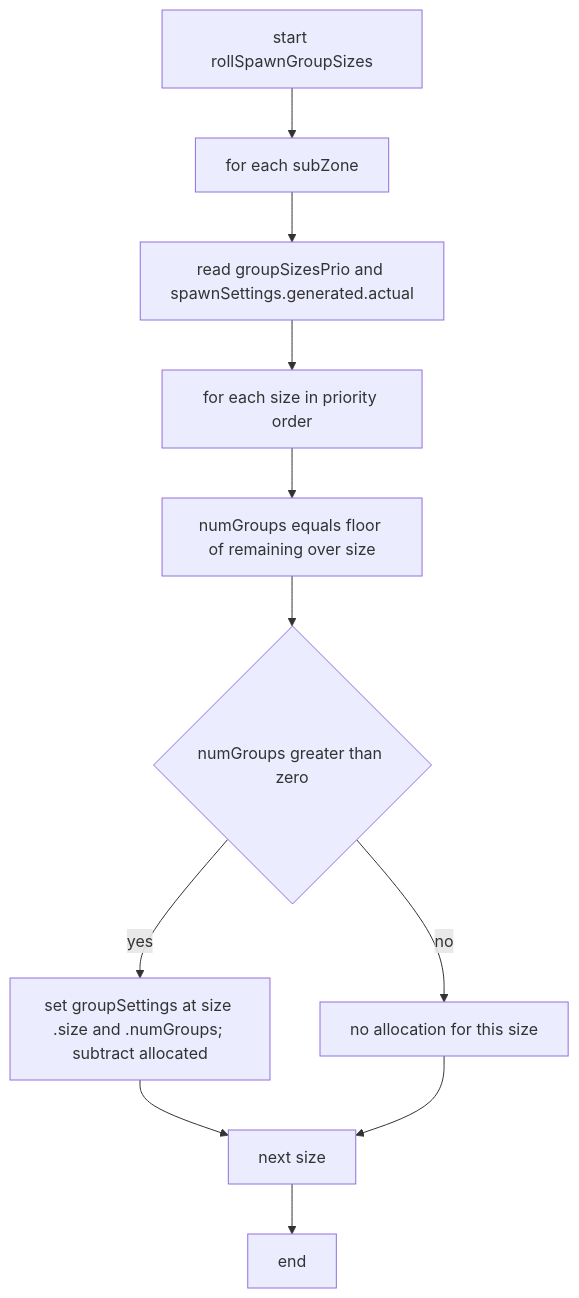
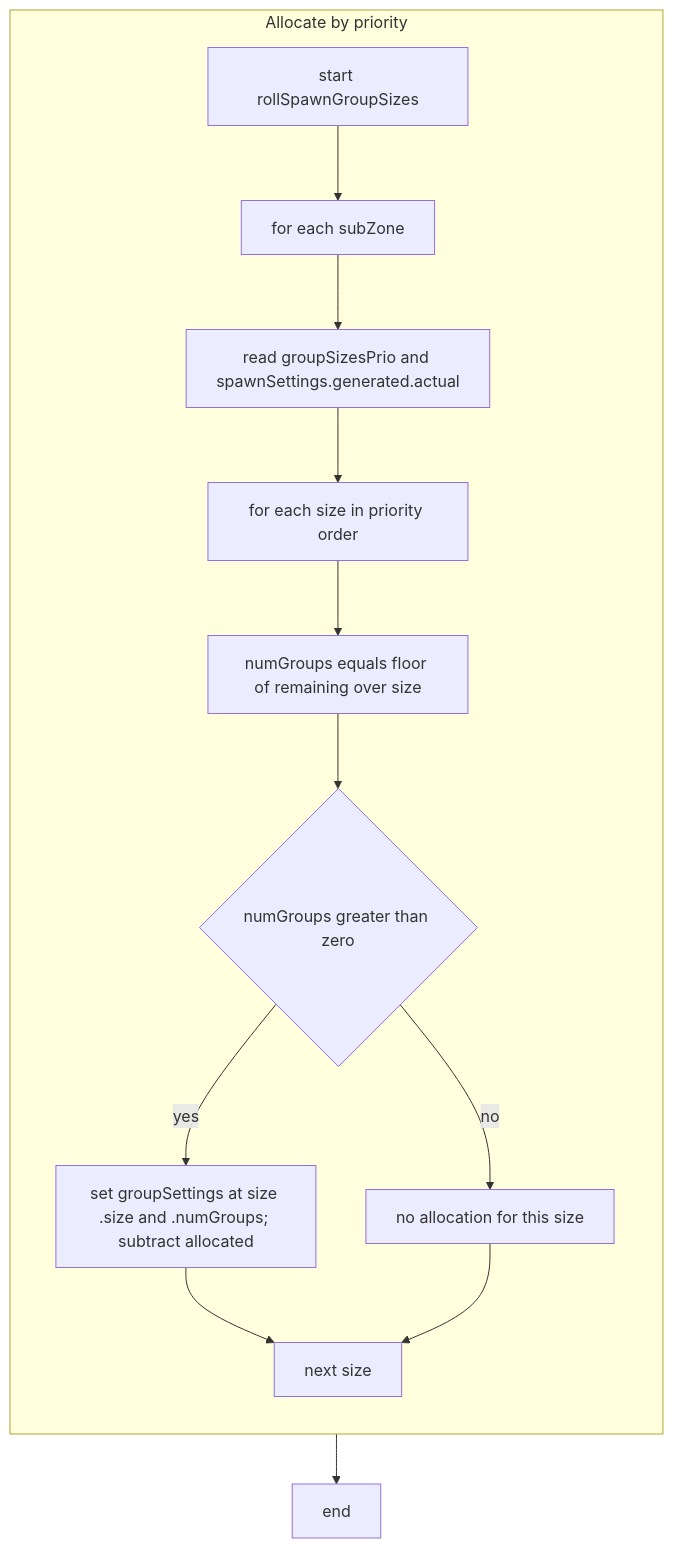
One commit to Gh0st352/AETHR changed the seventh of 7 diagrams in docs/spawner/types_and_counts.md. Above: the diagram before and after it, drawn with Mermaid. The commit also changed other lines of this file and 9 other files, not shown here.

First line of the commit message:
docs(spawner, mermaid): restructure diagrams and clarify headings

````diff
--- a/docs/spawner/types_and_counts.md
+++ b/docs/spawner/types_and_counts.md
@@ -165,13 +225,23 @@
 ```mermaid
+%% shared theme: docs/_mermaid/theme.json %%
 flowchart TB
-  GS0[start rollSpawnGroupSizes] --> Z0[for each subZone]
-  Z0 --> O0[read groupSizesPrio and spawnSettings.generated.actual]
-  O0 --> L0[for each size in priority order]
-  L0 --> Q0[numGroups equals floor of remaining over size]
-  Q0 --> C0{numGroups greater than zero}
-  C0 -- yes --> U0[set groupSettings at size .size and .numGroups; subtract allocated]
-  C0 -- no --> SKIP[no allocation for this size]
-  U0 --> NXT[next size]
-  SKIP --> NXT
+  subgraph "Allocate by priority"
+    direction TB
+    GS0[start rollSpawnGroupSizes] --> Z0[for each subZone]
+    Z0 --> O0[read groupSizesPrio and spawnSettings.generated.actual]
+    O0 --> L0[for each size in priority order]
+    L0 --> Q0[numGroups equals floor of remaining over size]
+    Q0 --> C0{numGroups greater than zero}
+    C0 -- "yes" --> U0[set groupSettings at size .size and .numGroups; subtract allocated]
+    C0 -- "no" --> SKIP[no allocation for this size]
+    U0 --> NXT[next size]
+    SKIP --> NXT
+  end
+
   NXT --> OUT[end]
+
+  class GS0 class_io;
+  class Z0,O0,L0,Q0,U0,SKIP,NXT class_step;
+  class C0 class_decision;
+  class OUT class_result;
 ```
````
